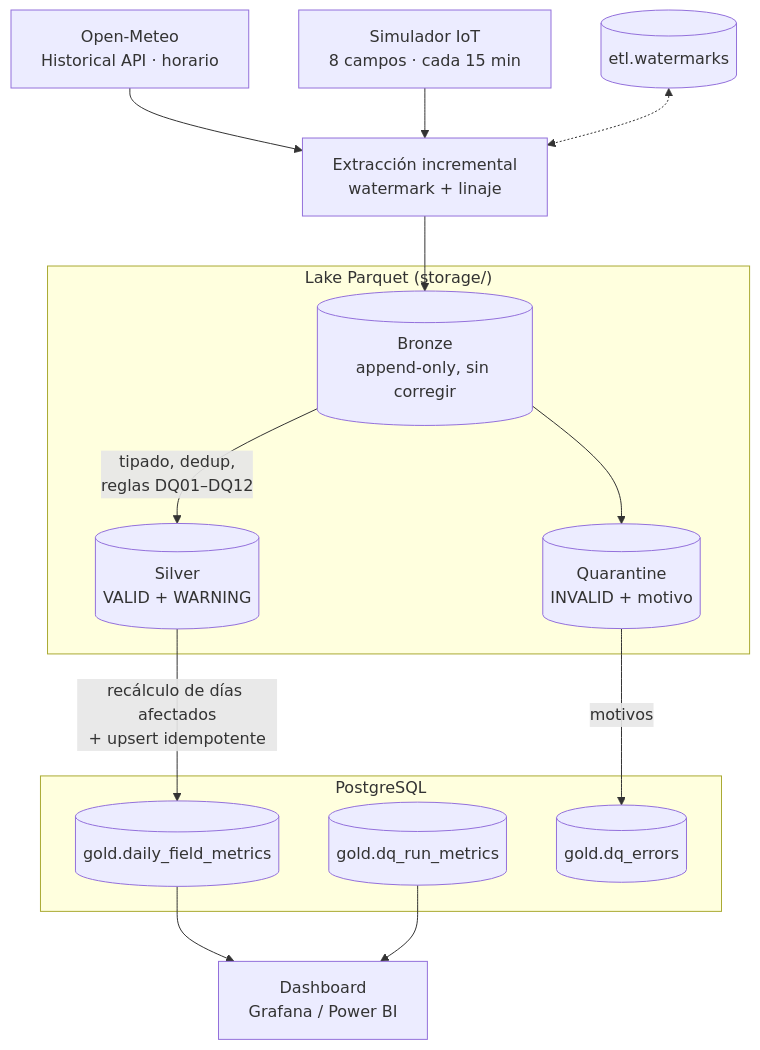
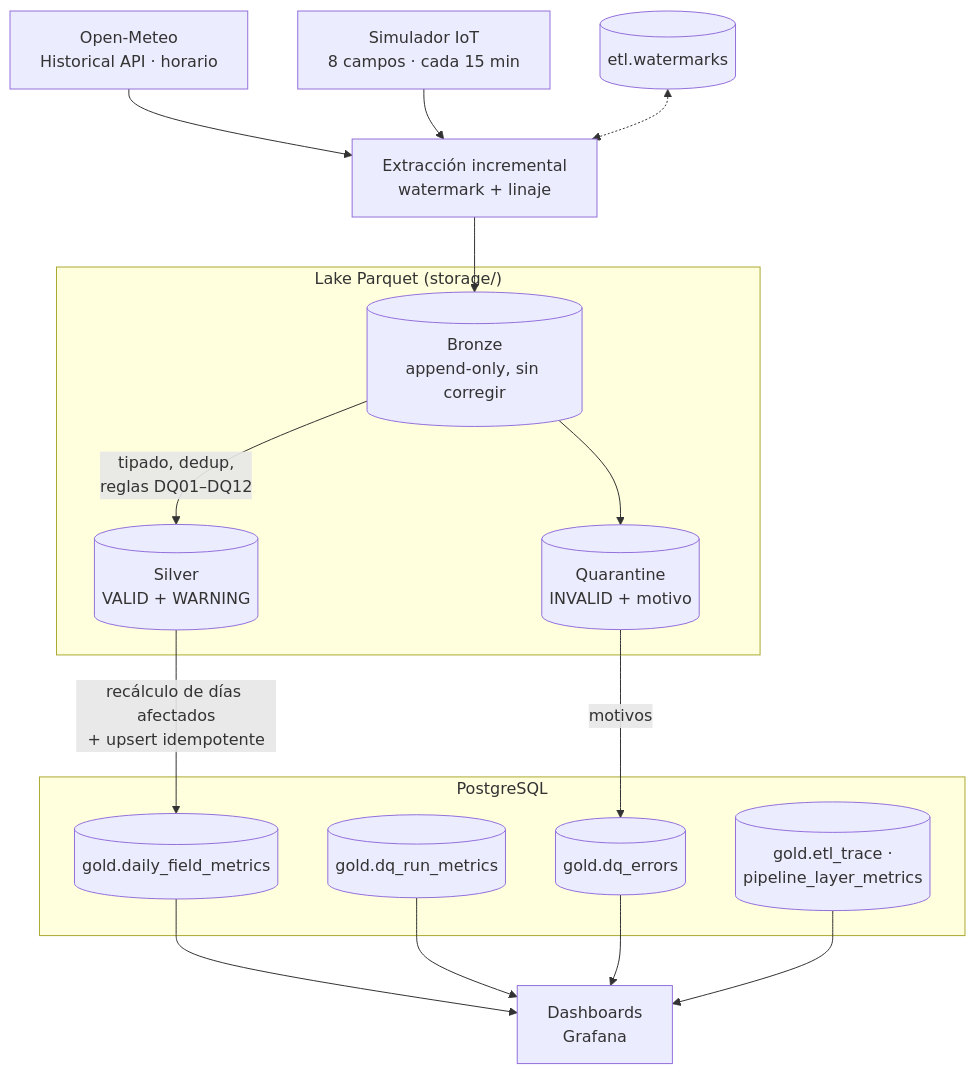
One commit to mattposs/ingSoftware2026 changed the first of 2 diagrams in README.md. Above: the diagram before and after it, drawn with Mermaid. The commit also changed other lines of this file, not shown here.

````diff
--- a/README.md
+++ b/README.md
@@ -63,23 +67,26 @@
 ```mermaid
 flowchart TD
     A[Open-Meteo<br/>Historical API · horario] --> X
     B[Simulador IoT<br/>8 campos · cada 15 min] --> X
     X[Extracción incremental<br/>watermark + linaje] --> C
     W[(etl.watermarks)] <-.-> X
     subgraph Lake["Lake Parquet (storage/)"]
         C[(Bronze<br/>append-only, sin corregir)]
         D[(Silver<br/>VALID + WARNING)]
         F[(Quarantine<br/>INVALID + motivo)]
     end
     C -->|tipado, dedup,<br/>reglas DQ01–DQ12| D
     C --> F
     subgraph PG["PostgreSQL"]
         E[(gold.daily_field_metrics)]
         M[(gold.dq_run_metrics)]
         R[(gold.dq_errors)]
+        T[(gold.etl_trace ·<br/>pipeline_layer_metrics)]
     end
     D -->|recálculo de días afectados<br/>+ upsert idempotente| E
     F -->|motivos| R
-    E --> G[Dashboard<br/>Grafana / Power BI]
+    E --> G[Dashboards<br/>Grafana]
     M --> G
+    R --> G
+    T --> G
 ```
````
